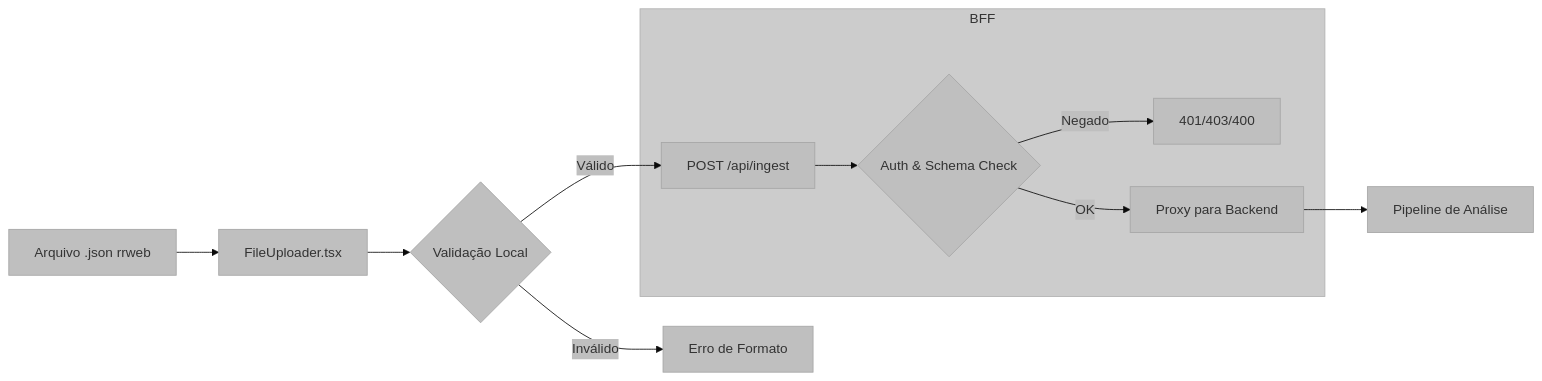
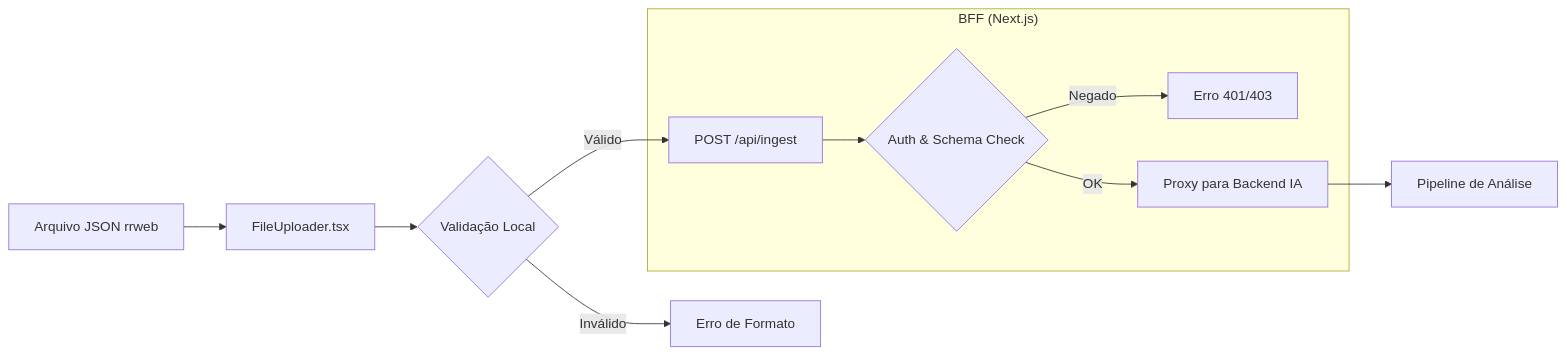
Before and after one commit to marcus-v-rodrigues/ux-auditor-dashboard: the diagram in docs/data-ingestion.md, drawn with Mermaid. The commit also changed other lines of this file and 9 other files, not shown here.

````diff
--- a/docs/data-ingestion.md
+++ b/docs/data-ingestion.md
@@ -8,15 +31,13 @@
 ```mermaid
-%%{init: {'theme': 'base', 'themeVariables':
-   { 'primaryColor': '#bfbfbf', 'edgeColor': '#5d5d5d' }, "flowchart": {"subGraphTitleMargin": {"bottom": 30}}}}%%
 flowchart LR
-    A[Arquivo .json rrweb] --> B[FileUploader.tsx]
+    A[Arquivo JSON rrweb] --> B[FileUploader.tsx]
     B --> C{Validação Local}
     C -- Inválido --> D[Erro de Formato]
     C -- Válido --> E[POST /api/ingest]
-    subgraph BFF
+    subgraph "BFF (Next.js)"
         E --> F{Auth & Schema Check}
-        F -- Negado --> G[401/403/400]
-        F -- OK --> H[Proxy para Backend]
+        F -- Negado --> G[Erro 401/403]
+        F -- OK --> H[Proxy para Backend IA]
     end
     H --> I[Pipeline de Análise]
 ```
````
